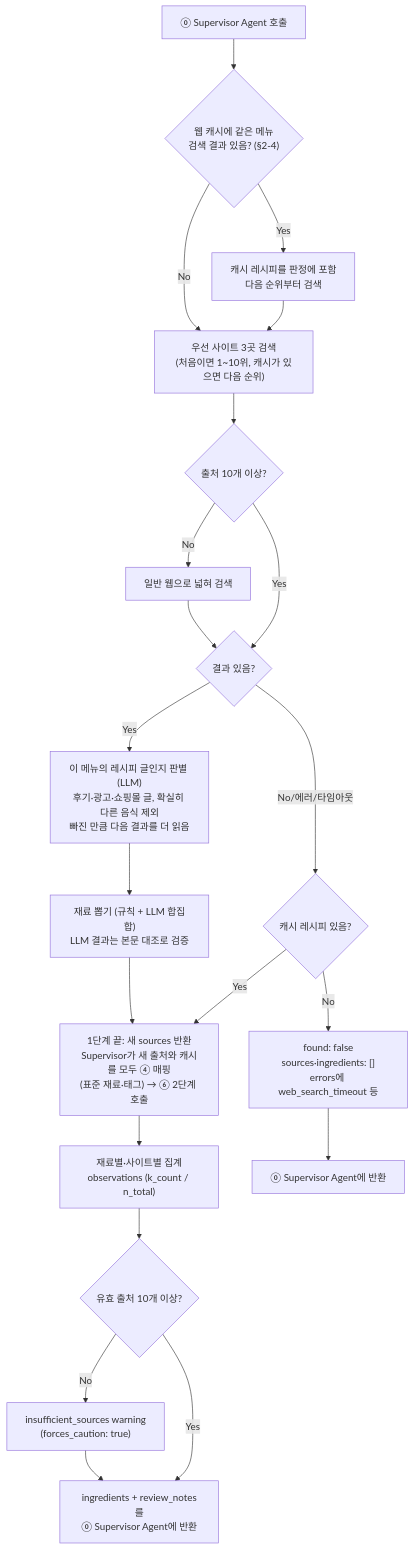
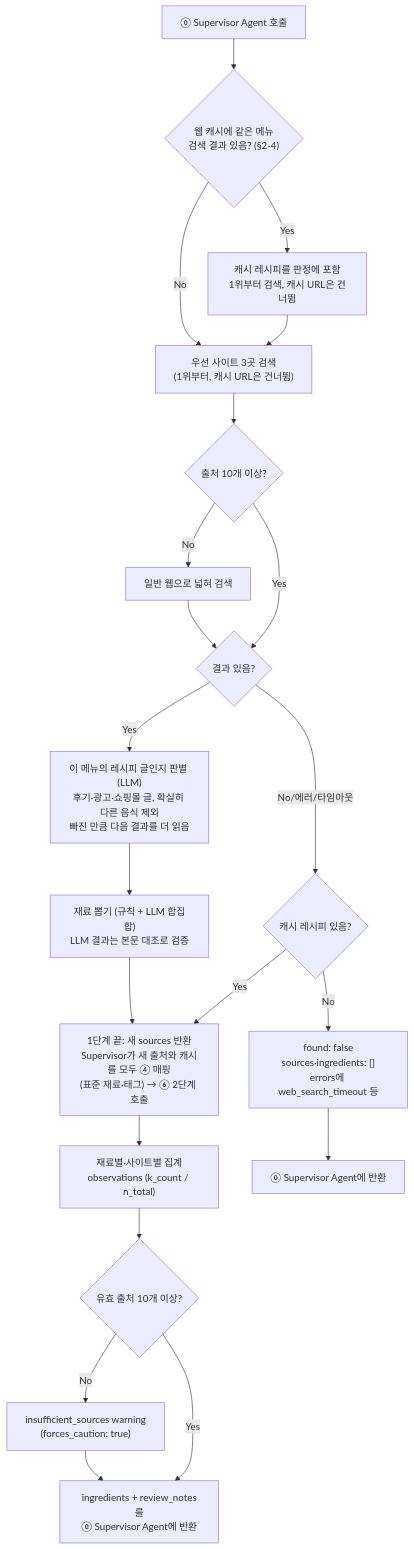
One commit to Han-Spoon/ai changed the second of 2 diagrams in docs/6-agent-websearch.md. Above: the diagram before and after it, drawn with Mermaid. The commit also changed other lines of this file and 3 other files, not shown here.

````diff
--- a/docs/6-agent-websearch.md
+++ b/docs/6-agent-websearch.md
@@ -295,23 +297,23 @@
 ```mermaid
 flowchart TD
     S[⓪ Supervisor Agent 호출] --> CA{"웹 캐시에 같은 메뉴<br/>검색 결과 있음? (§2-4)"}
-    CA -->|Yes| CR["캐시 레시피를 판정에 포함<br/>다음 순위부터 검색"]
+    CA -->|Yes| CR["캐시 레시피를 판정에 포함<br/>1위부터 검색, 캐시 URL은 건너뜀"]
     CR --> Q
-    CA -->|No| Q["우선 사이트 3곳 검색<br/>(처음이면 1~10위, 캐시가 있으면 다음 순위)"]
+    CA -->|No| Q["우선 사이트 3곳 검색<br/>(1위부터, 캐시 URL은 건너뜀)"]
     Q --> QE{"출처 10개 이상?"}
     QE -->|No| QG["일반 웹으로 넓혀 검색"]
     QE -->|Yes| R{결과 있음?}
     QG --> R
     R -->|No/에러/타임아웃| FC{"캐시 레시피 있음?"}
     FC -->|Yes| MAP
     FC -->|No| F["found: false<br/>sources·ingredients: []<br/>errors에 web_search_timeout 등"]
     R -->|Yes| RJ["이 메뉴의 레시피 글인지 판별 (LLM)<br/>후기·광고·쇼핑몰 글, 확실히 다른 음식 제외<br/>빠진 만큼 다음 결과를 더 읽음"]
     RJ --> C["재료 뽑기 (규칙 + LLM 합집합)<br/>LLM 결과는 본문 대조로 검증"]
     C --> MAP["1단계 끝: 새 sources 반환<br/>Supervisor가 새 출처와 캐시를 모두 ④ 매핑<br/>(표준 재료·태그) → ⑥ 2단계 호출"]
     MAP --> AGG["재료별·사이트별 집계<br/>observations (k_count / n_total)"]
     AGG --> MIN{"유효 출처 10개 이상?"}
     MIN -->|No| W["insufficient_sources warning<br/>(forces_caution: true)"]
     MIN -->|Yes| OUT
     W --> OUT["ingredients + review_notes를<br/>⓪ Supervisor Agent에 반환"]
     F --> OUT2[⓪ Supervisor Agent에 반환]
 ```
````
